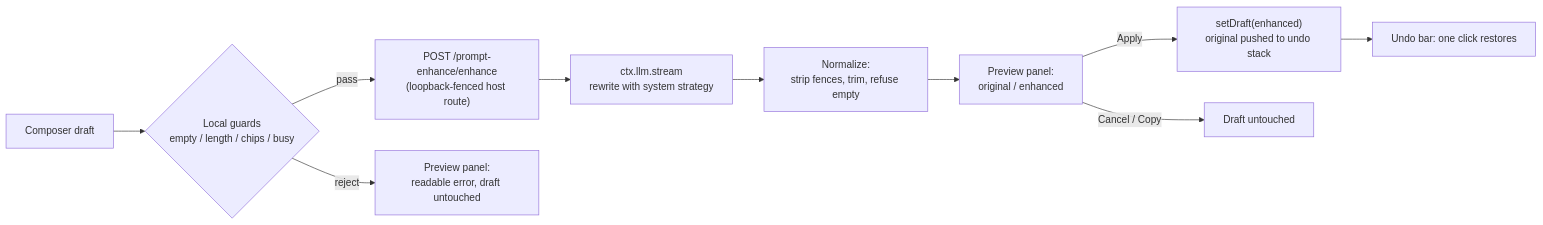
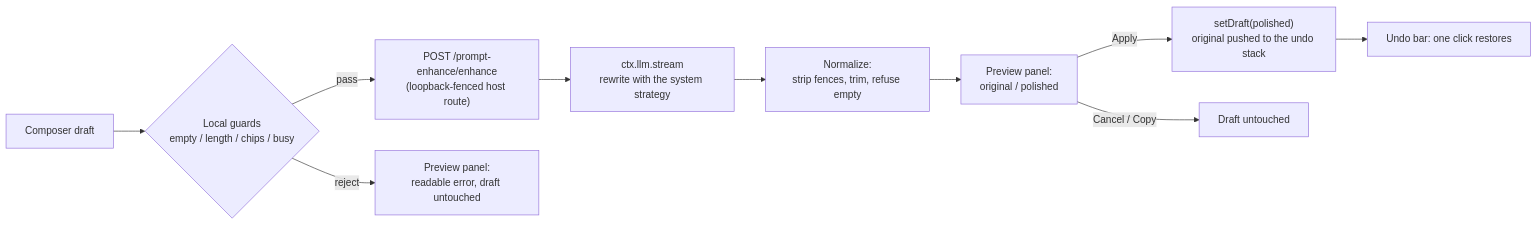
One commit to rangercd67/dsh-prompt-polish changed the diagram in README.md. Above: the diagram before and after it, drawn with Mermaid. The commit also changed other lines of this file and 52 other files, not shown here.

````diff
--- a/README.md
+++ b/README.md
@@ -41,12 +120,12 @@
 ```mermaid
 flowchart LR
     A[Composer draft] --> B{Local guards<br/>empty / length / chips / busy}
     B -- pass --> C["POST /prompt-enhance/enhance<br/>(loopback-fenced host route)"]
     B -- reject --> P[Preview panel:<br/>readable error, draft untouched]
-    C --> D["ctx.llm.stream<br/>rewrite with system strategy"]
+    C --> D["ctx.llm.stream<br/>rewrite with the system strategy"]
     D --> E[Normalize:<br/>strip fences, trim, refuse empty]
-    E --> F[Preview panel:<br/>original / enhanced]
-    F -- Apply --> G["setDraft(enhanced)<br/>original pushed to undo stack"]
+    E --> F[Preview panel:<br/>original / polished]
+    F -- Apply --> G["setDraft(polished)<br/>original pushed to the undo stack"]
     F -- Cancel / Copy --> H[Draft untouched]
     G --> U[Undo bar: one click restores]
 ```
````
